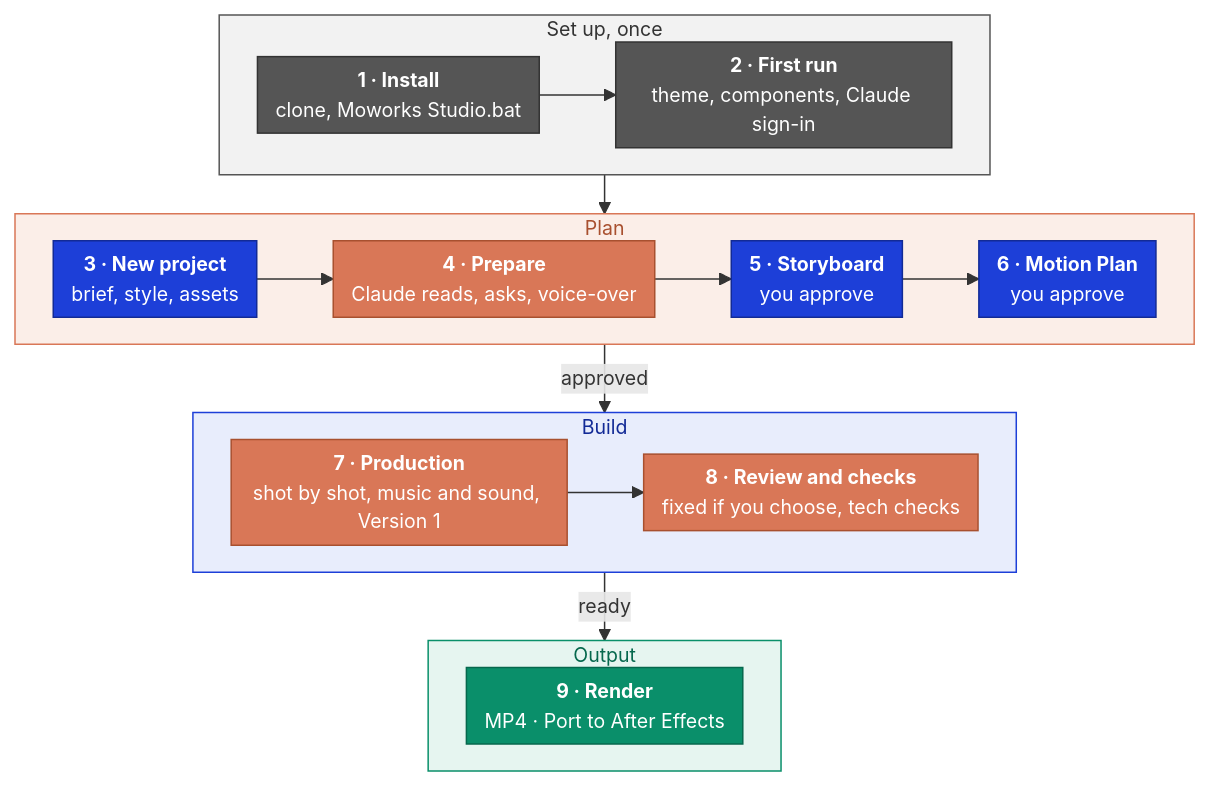
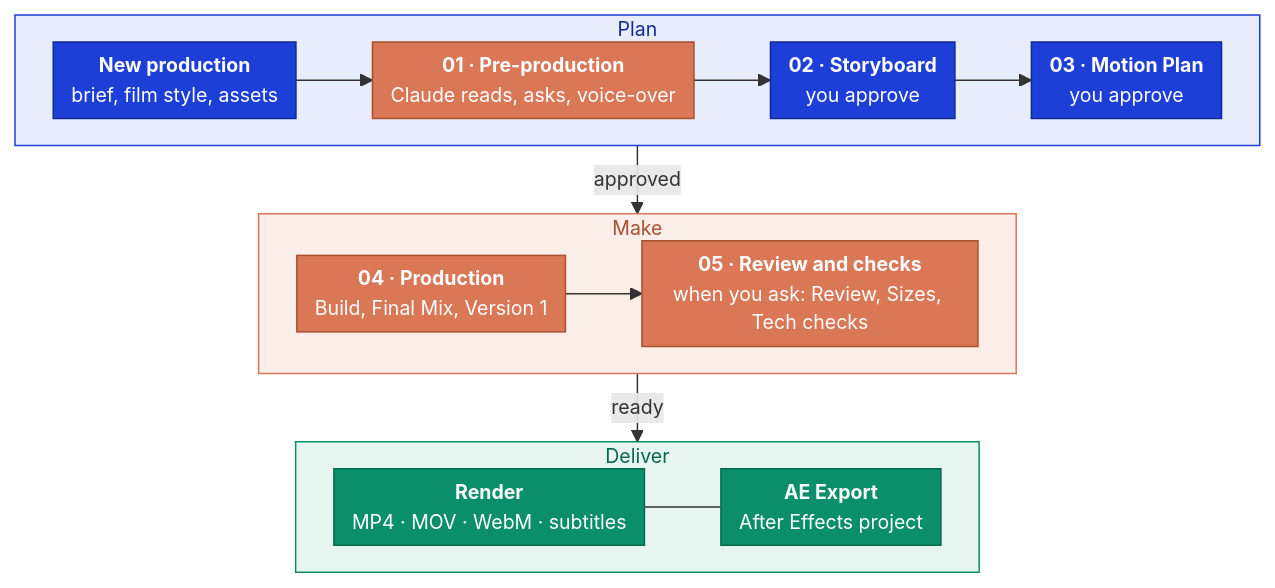
One commit to moworksstudio/moworks-studio changed the diagram in docs/images/diagram-workflow.en.mmd. Above: the diagram before and after it, drawn with Mermaid. The commit also changed 574 other files, not shown here.

Commit message:
Moworks Studio 0.8.214.7

```diff
--- a/docs/images/diagram-workflow.en.mmd
+++ b/docs/images/diagram-workflow.en.mmd
@@ -1,32 +1,25 @@
 %%{init: {"themeVariables": {"fontSize": "13px"}, "flowchart": {"nodeSpacing": 16, "rankSpacing": 26, "padding": 6}}}%%
 flowchart TB
-    subgraph P1["Set up, once"]
+    subgraph P1["Plan"]
         direction LR
-        S1["<b>1 · Install</b><br/>clone, Moworks Studio.bat"] --> S2["<b>2 · First run</b><br/>theme, components, Claude sign-in"]
+        S0["<b>New production</b><br/>brief, film style, assets"] --> S1["<b>01 · Pre-production</b><br/>Claude reads, asks, voice-over"] --> S2["<b>02 · Storyboard</b><br/>you approve"] --> S3["<b>03 · Motion Plan</b><br/>you approve"]
     end
-    subgraph P2["Plan"]
+    subgraph P2["Make"]
         direction LR
-        S3["<b>3 · New project</b><br/>brief, style, assets"] --> S4["<b>4 · Prepare</b><br/>Claude reads, asks, voice-over"] --> S5["<b>5 · Storyboard</b><br/>you approve"] --> S6["<b>6 · Motion Plan</b><br/>you approve"]
+        S4["<b>04 · Production</b><br/>Build, Final Mix, Version 1"] --> S5["<b>05 · Review and checks</b><br/>when you ask: Review, Sizes, Tech checks"]
     end
-    subgraph P3["Build"]
+    subgraph P3["Deliver"]
         direction LR
-        S7["<b>7 · Production</b><br/>shot by shot, music and sound, Version 1"] --> S8["<b>8 · Review and checks</b><br/>fixed if you choose, tech checks"]
+        S6["<b>Render</b><br/>MP4 · MOV · WebM · subtitles"] --- S7["<b>AE Export</b><br/>After Effects project"]
     end
-    subgraph P4["Output"]
-        direction LR
-        S9["<b>9 · Render</b><br/>MP4 · Port to After Effects"]
-    end
-    P1 --> P2 -- "approved" --> P3 -- "ready" --> P4
+    P1 -- "approved" --> P2 -- "ready" --> P3
 
-    classDef setup fill:#555555,stroke:#333333,color:#ffffff
     classDef claude fill:#d97757,stroke:#a8502f,color:#ffffff
     classDef user fill:#1d3fd8,stroke:#122a96,color:#ffffff
     classDef out fill:#0a8f6a,stroke:#06684d,color:#ffffff
-    class S1,S2 setup
-    class S4,S7,S8 claude
-    class S3,S5,S6 user
-    class S9 out
-    style P1 fill:#f2f2f2,stroke:#555555,color:#333333
+    class S1,S4,S5 claude
+    class S0,S2,S3 user
+    class S6,S7 out
+    style P1 fill:#e8edfc,stroke:#1d3fd8,color:#122a96
     style P2 fill:#fbeee8,stroke:#d97757,color:#a8502f
-    style P3 fill:#e8edfc,stroke:#1d3fd8,color:#122a96
-    style P4 fill:#e6f5f0,stroke:#0a8f6a,color:#06684d
+    style P3 fill:#e6f5f0,stroke:#0a8f6a,color:#06684d
```
